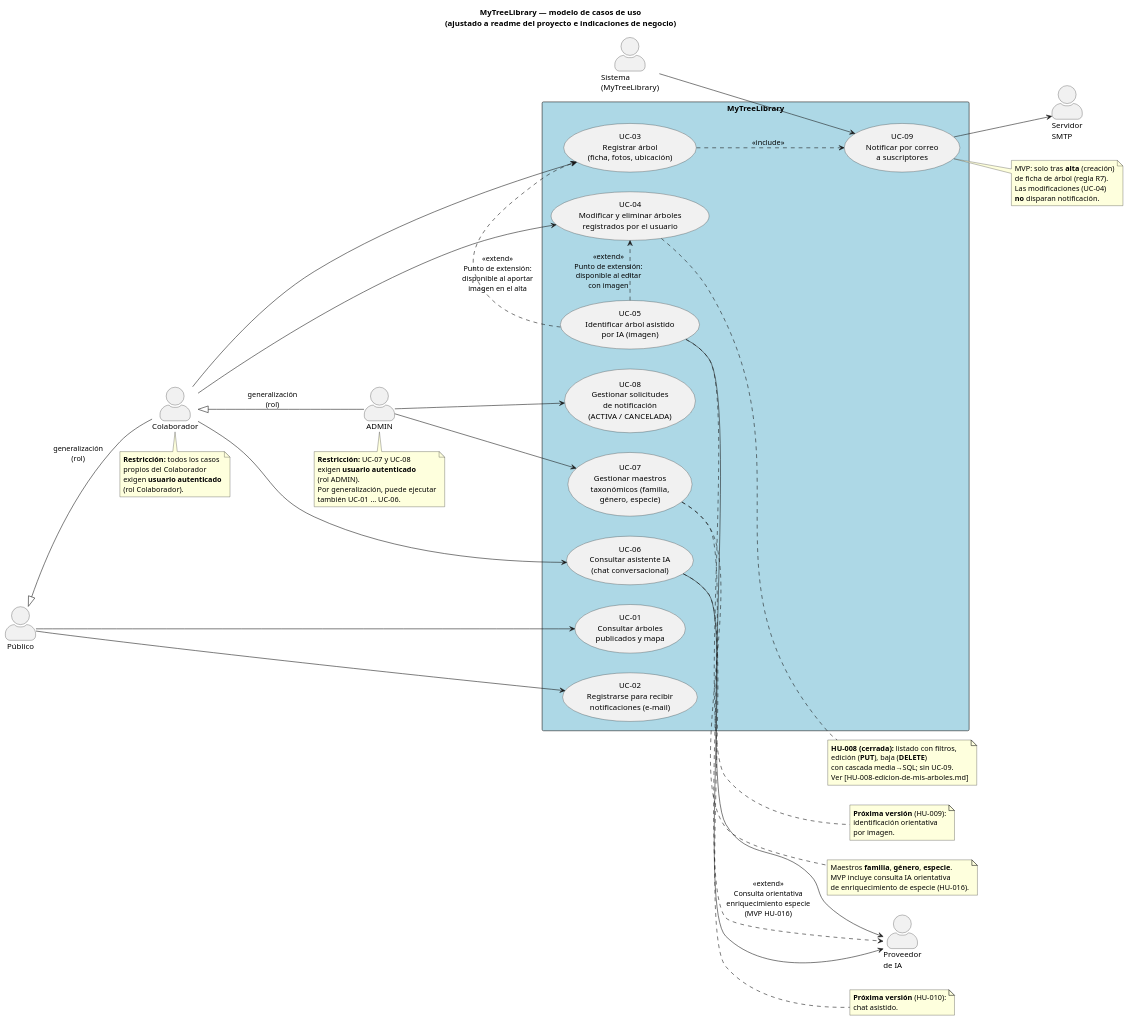
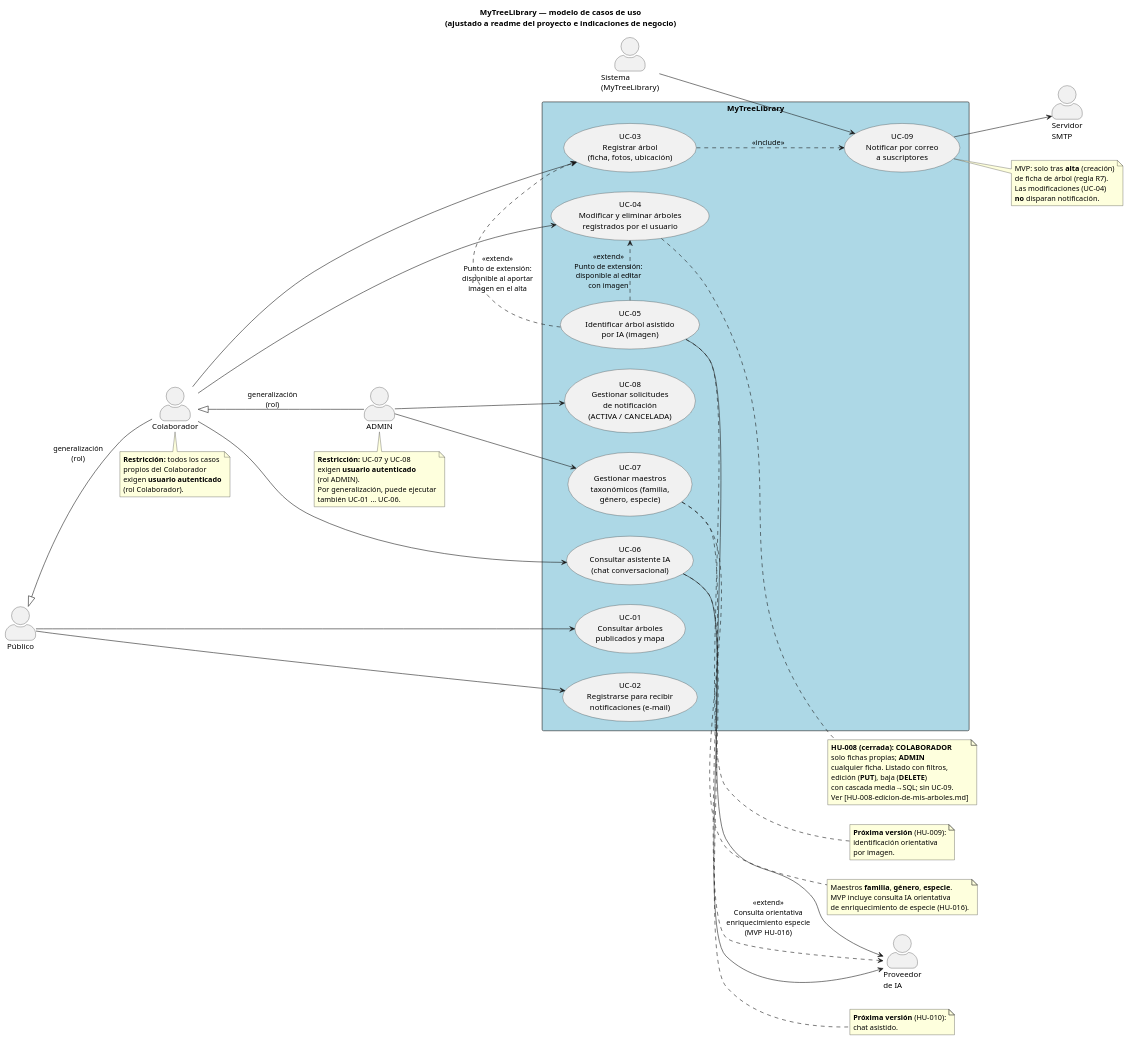
The diagram in docs/use-cases/use-case-model.puml (ldefrutos1/AI4Devs-finalproject), drawn with PlantUML before and after one commit. The commit also changed 13 other files, not shown here.

```diff
--- a/docs/use-cases/use-case-model.puml
+++ b/docs/use-cases/use-case-model.puml
@@ -1,107 +1,109 @@
 @startuml modelo_casos_uso_mtl
 title MyTreeLibrary — modelo de casos de uso\n(ajustado a readme del proyecto e indicaciones de negocio)
 
 skinparam packageStyle rectangle
 skinparam actorStyle awesome
 left to right direction
 
 actor "Público" as Publico
 actor "Colaborador" as Colaborador
 actor "ADMIN" as Admin
 actor "Sistema\n(MyTreeLibrary)" as Sistema
 actor "Proveedor\nde IA" as ProvIA
 actor "Servidor\nSMTP" as SMTP
 
 Publico <|-- Colaborador : generalización\n(rol)
 Colaborador <|-- Admin : generalización\n(rol)
 
 rectangle "MyTreeLibrary" #LightBlue {
   usecase "UC-01\nConsultar árboles\npublicados y mapa" as UC1
   usecase "UC-02\nRegistrarse para recibir\nnotificaciones (e-mail)" as UC2
 
   usecase "UC-03\nRegistrar árbol\n(ficha, fotos, ubicación)" as UC3
   usecase "UC-04\nModificar y eliminar árboles\nregistrados por el usuario" as UC4
   usecase "UC-05\nIdentificar árbol asistido\npor IA (imagen)" as UC5
 
   usecase "UC-06\nConsultar asistente IA\n(chat conversacional)" as UC6
 
   usecase "UC-07\nGestionar maestros\ntaxonómicos (familia,\ngénero, especie)" as UC7
   usecase "UC-08\nGestionar solicitudes\nde notificación\n(ACTIVA / CANCELADA)" as UC8
 
   usecase "UC-09\nNotificar por correo\na suscriptores" as UC9
 }
 
 ' --- Público (sin autenticación) ---
 Publico --> UC1
 Publico --> UC2
 
 ' --- Colaborador (requiere autenticación; hereda Público) ---
 Colaborador --> UC3
 Colaborador --> UC4
 Colaborador --> UC6
 
 UC5 .> UC3 : <<extend>>\nPunto de extensión:\ndisponible al aportar\nimagen en el alta
 UC5 .> UC4 : <<extend>>\nPunto de extensión:\ndisponible al editar\ncon imagen
 
 note right of UC4
-  **HU-008 (cerrada):** listado con filtros,
+  **HU-008 (cerrada):** **COLABORADOR**
+  solo fichas propias; **ADMIN**
+  cualquier ficha. Listado con filtros,
   edición (**PUT**), baja (**DELETE**)
   con cascada media→SQL; sin UC-09.
   Ver [HU-008-edicion-de-mis-arboles.md]
 end note
 
 ' --- ADMIN (requiere autenticación; hereda Colaborador) ---
 Admin --> UC7
 Admin --> UC8
 
 UC7 ..> ProvIA : <<extend>>\nConsulta orientativa\nenriquecimiento especie\n(MVP HU-016)
 
 note right of UC7
   Maestros **familia**, **género**, **especie**.
   MVP incluye consulta IA orientativa
   de enriquecimiento de especie (HU-016).
 end note
 
 note bottom of Colaborador
   **Restricción:** todos los casos
   propios del Colaborador
   exigen **usuario autenticado**
   (rol Colaborador).
 end note
 
 note bottom of Admin
   **Restricción:** UC-07 y UC-08
   exigen **usuario autenticado**
   (rol ADMIN).
   Por generalización, puede ejecutar
   también UC-01 … UC-06.
 end note
 
 ' --- Notificaciones automáticas (sistema) ---
 Sistema --> UC9
 UC3 ..> UC9 : <<include>>
 
 note right of UC9
   MVP: solo tras **alta** (creación)
   de ficha de árbol (regla R7).
   Las modificaciones (UC-04)
   **no** disparan notificación.
 end note
 
 UC9 --> SMTP
 
 UC5 --> ProvIA
 UC6 --> ProvIA
 
 note right of UC5
   **Próxima versión** (HU-009):
   identificación orientativa
   por imagen.
 end note
 
 note right of UC6
   **Próxima versión** (HU-010):
   chat asistido.
 end note
 
 @enduml
```
